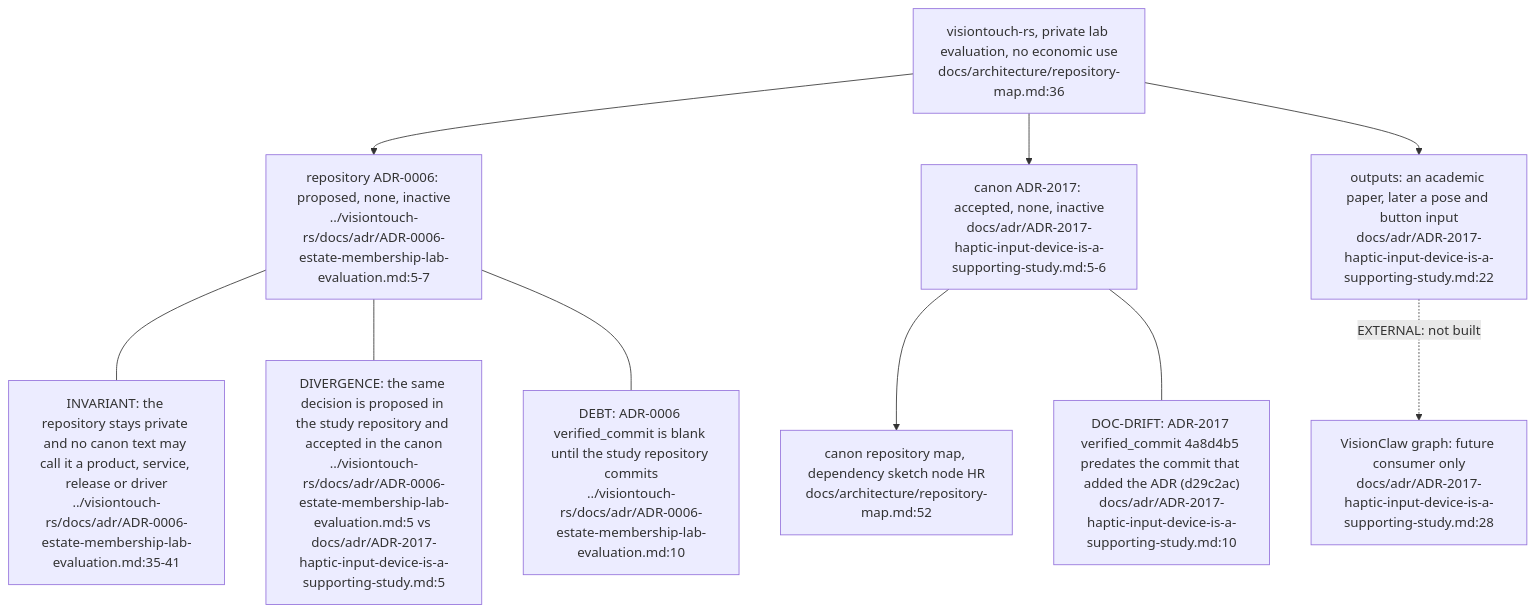
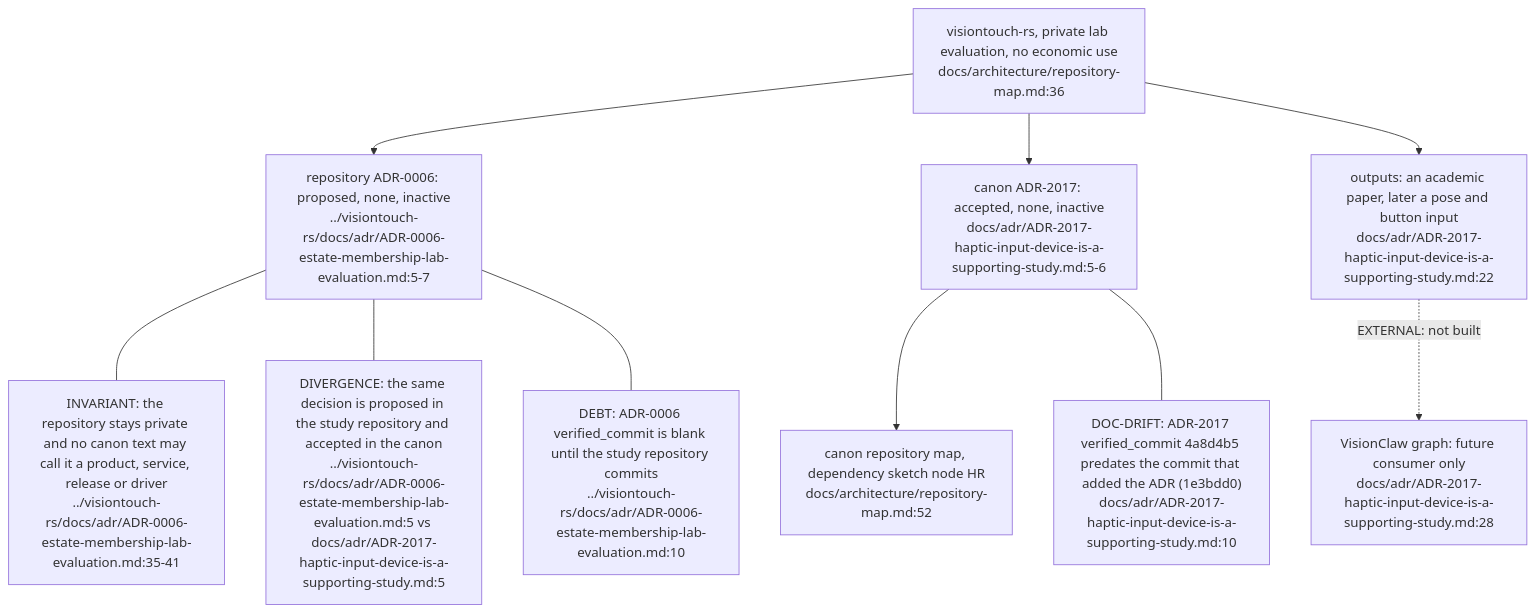
Before and after one commit to DreamLab-AI/VisionFlow: the first of 4 diagrams in docs/diagrams/visiontouch-rs/07-estate-position-and-future-visionclaw-grab-path.md, drawn with Mermaid. The commit also changed other lines of this file, not shown here.

Commit message:
Re-stamp VT-07 at the cherry-picked ADR-2017 commit

````diff
--- a/docs/diagrams/visiontouch-rs/07-estate-position-and-future-visionclaw-grab-path.md
+++ b/docs/diagrams/visiontouch-rs/07-estate-position-and-future-visionclaw-grab-path.md
@@ -35,22 +35,22 @@
 ```mermaid
 flowchart TB
     HR["visiontouch-rs, private lab evaluation, no economic use<br/>docs/architecture/repository-map.md:36"]
     A6["repository ADR-0006: proposed, none, inactive<br/>../visiontouch-rs/docs/adr/ADR-0006-estate-membership-lab-evaluation.md:5-7"]
     A17["canon ADR-2017: accepted, none, inactive<br/>docs/adr/ADR-2017-haptic-input-device-is-a-supporting-study.md:5-6"]
     MAP["canon repository map, dependency sketch node HR<br/>docs/architecture/repository-map.md:52"]
     VC["VisionClaw graph: future consumer only<br/>docs/adr/ADR-2017-haptic-input-device-is-a-supporting-study.md:28"]
     OUT["outputs: an academic paper, later a pose and button input<br/>docs/adr/ADR-2017-haptic-input-device-is-a-supporting-study.md:22"]
     HR --> A6
     HR --> A17
     A17 --> MAP
     HR --> OUT
     OUT -. "EXTERNAL: not built" .-> VC
     N1["INVARIANT: the repository stays private and no canon text may call it a product, service, release or driver<br/>../visiontouch-rs/docs/adr/ADR-0006-estate-membership-lab-evaluation.md:35-41"]
     N2["DIVERGENCE: the same decision is proposed in the study repository and accepted in the canon<br/>../visiontouch-rs/docs/adr/ADR-0006-estate-membership-lab-evaluation.md:5 vs docs/adr/ADR-2017-haptic-input-device-is-a-supporting-study.md:5"]
-    N3["DOC-DRIFT: ADR-2017 verified_commit 4a8d4b5 predates the commit that added the ADR (d29c2ac)<br/>docs/adr/ADR-2017-haptic-input-device-is-a-supporting-study.md:10"]
+    N3["DOC-DRIFT: ADR-2017 verified_commit 4a8d4b5 predates the commit that added the ADR (1e3bdd0)<br/>docs/adr/ADR-2017-haptic-input-device-is-a-supporting-study.md:10"]
     N4["DEBT: ADR-0006 verified_commit is blank until the study repository commits<br/>../visiontouch-rs/docs/adr/ADR-0006-estate-membership-lab-evaluation.md:10"]
     A6 --- N1
     A6 --- N2
     A17 --- N3
     A6 --- N4
 ```
````
